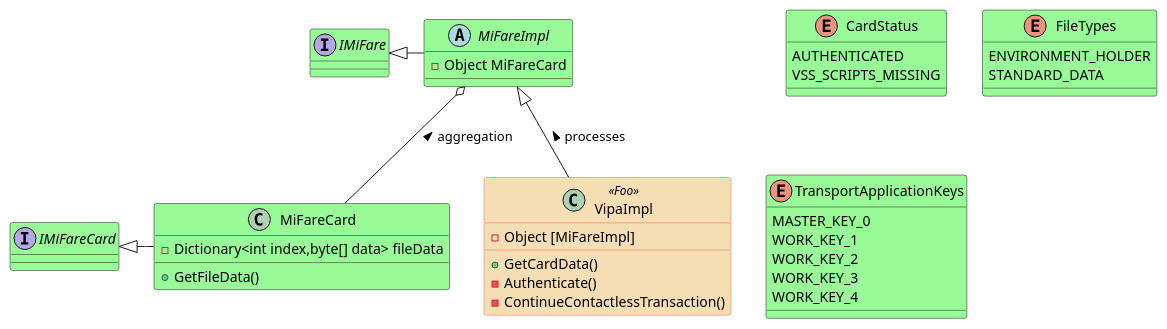
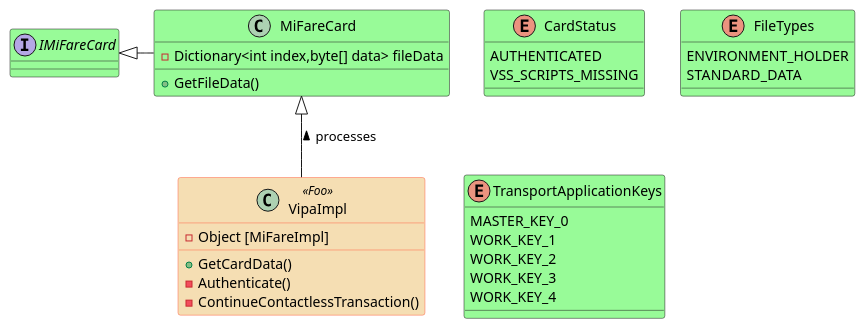
Before and after one commit to web-projects/MIFARE_APP: the diagram in Documentation/ClassDiagram/MiFareCard.puml, drawn with PlantUML. The commit also changed 4 other files, not shown here.

```diff
--- a/Documentation/ClassDiagram/MiFareCard.puml
+++ b/Documentation/ClassDiagram/MiFareCard.puml
@@ -1,56 +1,49 @@
 @startuml
 'https://plantuml.com/class-diagram
 
 ' reference
 ' https://plantuml.com/class-diagram
 
-interface IMiFare
 interface IMiFareCard
 
-MiFareImpl o-- MiFareCard : < aggregation
 IMiFareCard <|- MiFareCard
-IMiFare <|- MiFareImpl
-MiFareImpl <|-- VipaImpl : < processes
+MiFareCard <|-- VipaImpl : < processes
 
 skinparam class {
     BackgroundColor PaleGreen
     ArrowColor SeaGreen
     'BorderColor Red
     BackgroundColor<<Foo>> Wheat
     BorderColor<<Foo>> Tomato
 }
 
 class MiFareCard {
     -Dictionary<int index,byte[] data> fileData
     +GetFileData()
-}
-
-abstract class MiFareImpl {
-    -Object MiFareCard
 }
 
 class VipaImpl <<Foo>> {
     -Object [MiFareImpl]
     +GetCardData()
     -Authenticate()
     -ContinueContactlessTransaction()
 }
 
 enum CardStatus {
     AUTHENTICATED
     VSS_SCRIPTS_MISSING
 }
 
 enum FileTypes {
     ENVIRONMENT_HOLDER
     STANDARD_DATA
 }
 
 enum TransportApplicationKeys {
     MASTER_KEY_0
     WORK_KEY_1
     WORK_KEY_2
     WORK_KEY_3
     WORK_KEY_4
 }
 @enduml
```
